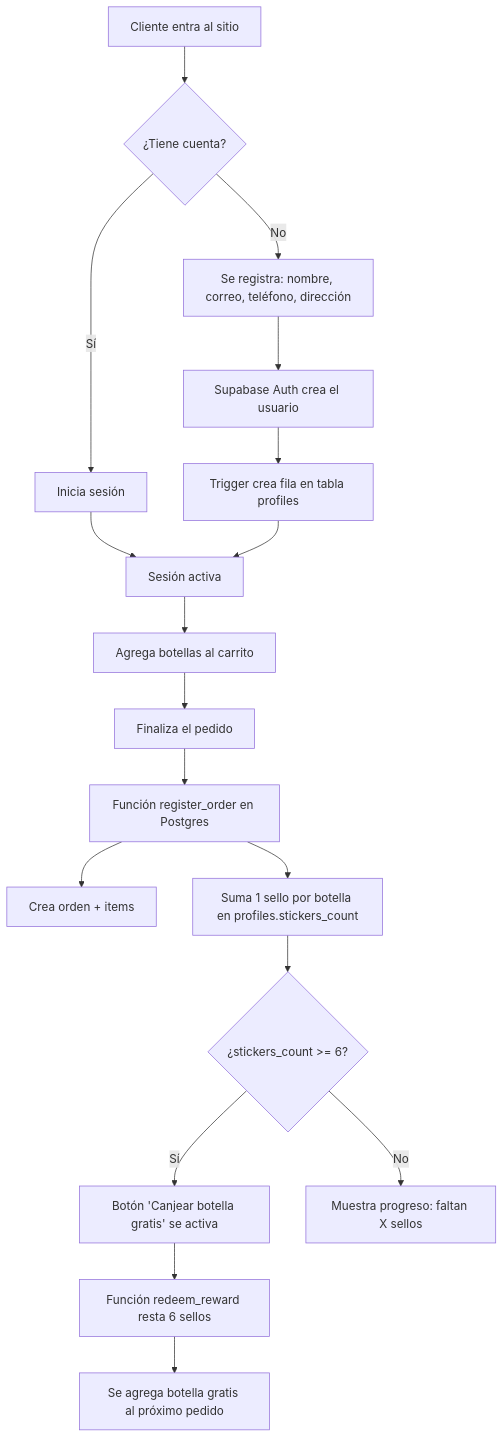
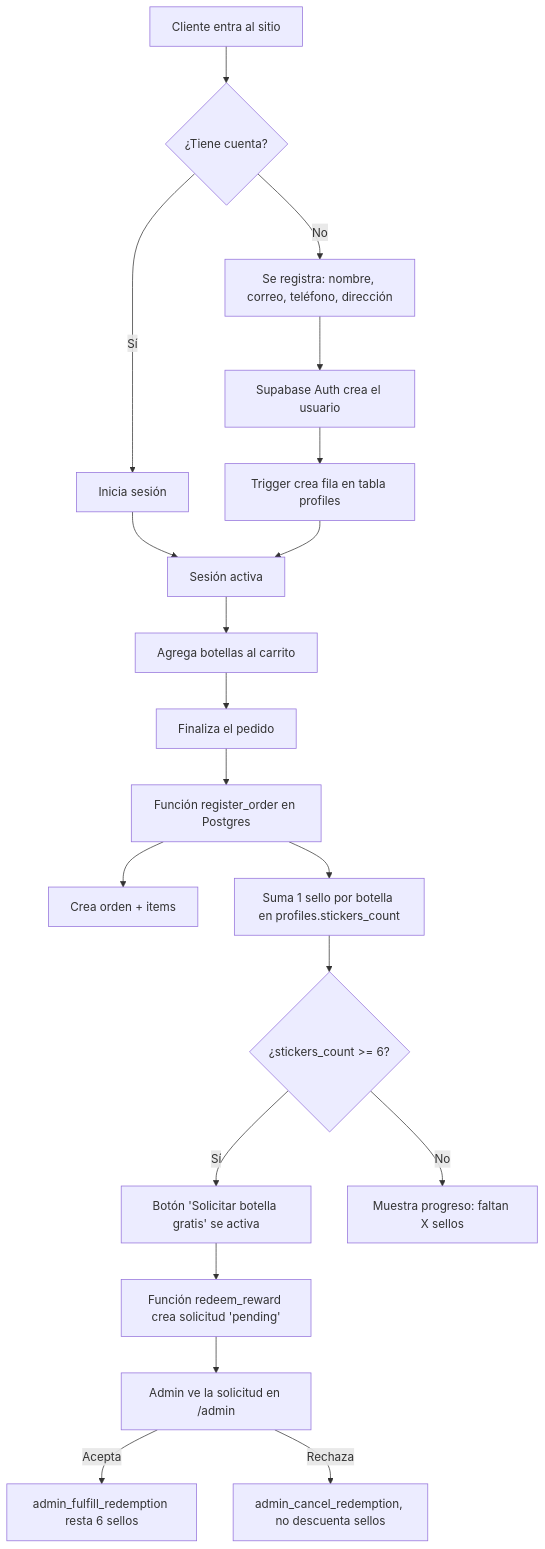
Before and after one commit to Gab20031995/Calypso: the diagram in docs/ARQUITECTURA.md, drawn with Mermaid. The commit also changed other lines of this file and 10 other files, not shown here.

````diff
--- a/docs/ARQUITECTURA.md
+++ b/docs/ARQUITECTURA.md
@@ -5,20 +5,22 @@
 ```mermaid
 flowchart TD
     A[Cliente entra al sitio] --> B{¿Tiene cuenta?}
     B -- No --> C[Se registra: nombre, correo, teléfono, dirección]
     B -- Sí --> D[Inicia sesión]
     C --> E[Supabase Auth crea el usuario]
     E --> F[Trigger crea fila en tabla profiles]
     D --> G[Sesión activa]
     F --> G
     G --> H[Agrega botellas al carrito]
     H --> I[Finaliza el pedido]
     I --> J[Función register_order en Postgres]
     J --> K[Crea orden + items]
     J --> L[Suma 1 sello por botella en profiles.stickers_count]
     L --> M{¿stickers_count >= 6?}
-    M -- Sí --> N[Botón 'Canjear botella gratis' se activa]
+    M -- Sí --> N[Botón 'Solicitar botella gratis' se activa]
     M -- No --> O[Muestra progreso: faltan X sellos]
-    N --> P[Función redeem_reward resta 6 sellos]
-    P --> Q[Se agrega botella gratis al próximo pedido]
+    N --> P[Función redeem_reward crea solicitud 'pending']
+    P --> R[Admin ve la solicitud en /admin]
+    R -- Acepta --> S[admin_fulfill_redemption resta 6 sellos]
+    R -- Rechaza --> T[admin_cancel_redemption, no descuenta sellos]
 ```
````
